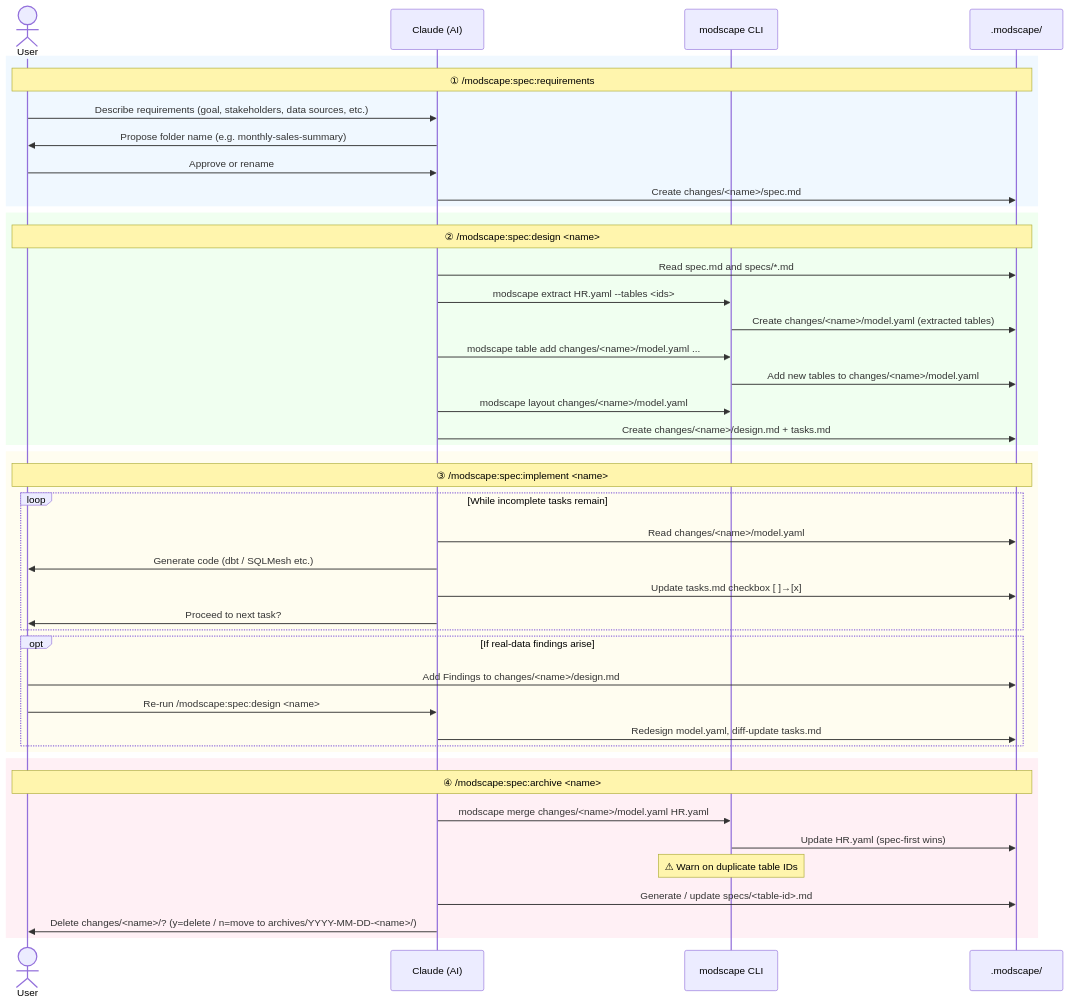
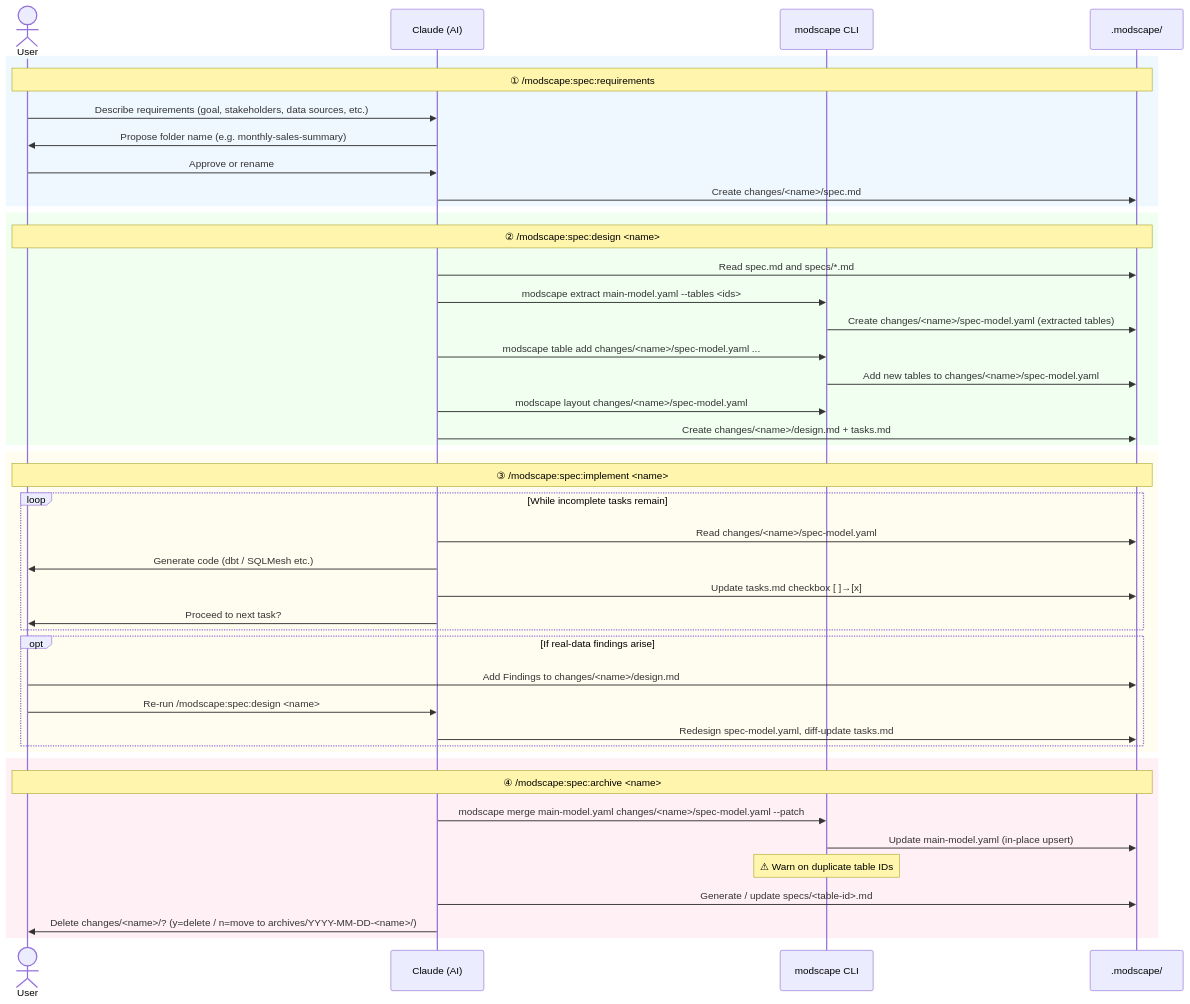
The diagram in README.md (yujikawa/modscape), drawn with Mermaid before and after one commit. The commit also changed other lines of this file and 19 other files, not shown here.

````diff
--- a/README.md
+++ b/README.md
@@ -566,50 +566,50 @@
 ```mermaid
 sequenceDiagram
     actor User
     participant AI as Claude (AI)
     participant CLI as modscape CLI
     participant FS as .modscape/
 
     rect rgb(240, 248, 255)
         Note over User,FS: ① /modscape:spec:requirements
         User->>AI: Describe requirements (goal, stakeholders, data sources, etc.)
         AI->>User: Propose folder name (e.g. monthly-sales-summary)
         User->>AI: Approve or rename
         AI->>FS: Create changes/<name>/spec.md
     end
 
     rect rgb(240, 255, 240)
         Note over User,FS: ② /modscape:spec:design <name>
         AI->>FS: Read spec.md and specs/*.md
-        AI->>CLI: modscape extract HR.yaml --tables <ids>
-        CLI->>FS: Create changes/<name>/model.yaml (extracted tables)
-        AI->>CLI: modscape table add changes/<name>/model.yaml ...
-        CLI->>FS: Add new tables to changes/<name>/model.yaml
-        AI->>CLI: modscape layout changes/<name>/model.yaml
+        AI->>CLI: modscape extract main-model.yaml --tables <ids>
+        CLI->>FS: Create changes/<name>/spec-model.yaml (extracted tables)
+        AI->>CLI: modscape table add changes/<name>/spec-model.yaml ...
+        CLI->>FS: Add new tables to changes/<name>/spec-model.yaml
+        AI->>CLI: modscape layout changes/<name>/spec-model.yaml
         AI->>FS: Create changes/<name>/design.md + tasks.md
     end
 
     rect rgb(255, 253, 240)
         Note over User,FS: ③ /modscape:spec:implement <name>
         loop While incomplete tasks remain
-            AI->>FS: Read changes/<name>/model.yaml
+            AI->>FS: Read changes/<name>/spec-model.yaml
             AI->>User: Generate code (dbt / SQLMesh etc.)
             AI->>FS: Update tasks.md checkbox [ ]→[x]
             AI->>User: Proceed to next task?
         end
         opt If real-data findings arise
             User->>FS: Add Findings to changes/<name>/design.md
             User->>AI: Re-run /modscape:spec:design <name>
-            AI->>FS: Redesign model.yaml, diff-update tasks.md
+            AI->>FS: Redesign spec-model.yaml, diff-update tasks.md
         end
     end
 
     rect rgb(255, 240, 245)
         Note over User,FS: ④ /modscape:spec:archive <name>
-        AI->>CLI: modscape merge changes/<name>/model.yaml HR.yaml
-        CLI->>FS: Update HR.yaml (spec-first wins)
+        AI->>CLI: modscape merge main-model.yaml changes/<name>/spec-model.yaml --patch
+        CLI->>FS: Update main-model.yaml (in-place upsert)
         Note over CLI: ⚠ Warn on duplicate table IDs
         AI->>FS: Generate / update specs/<table-id>.md
         AI->>User: Delete changes/<name>/? (y=delete / n=move to archives/YYYY-MM-DD-<name>/)
     end
 ```
````
